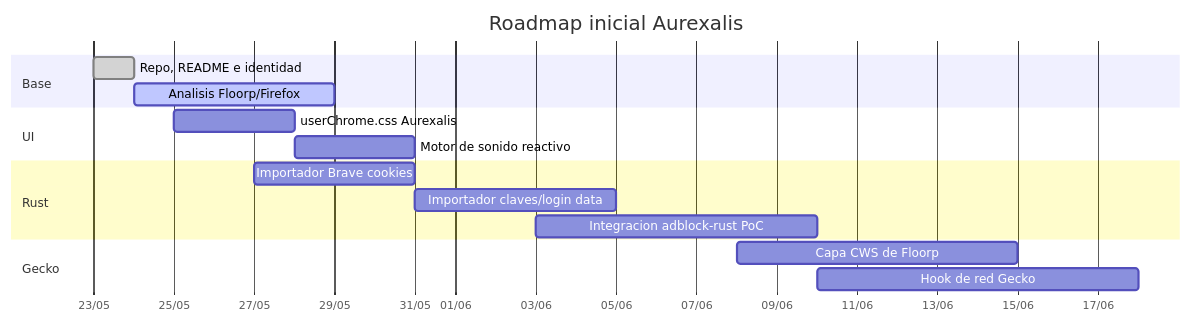
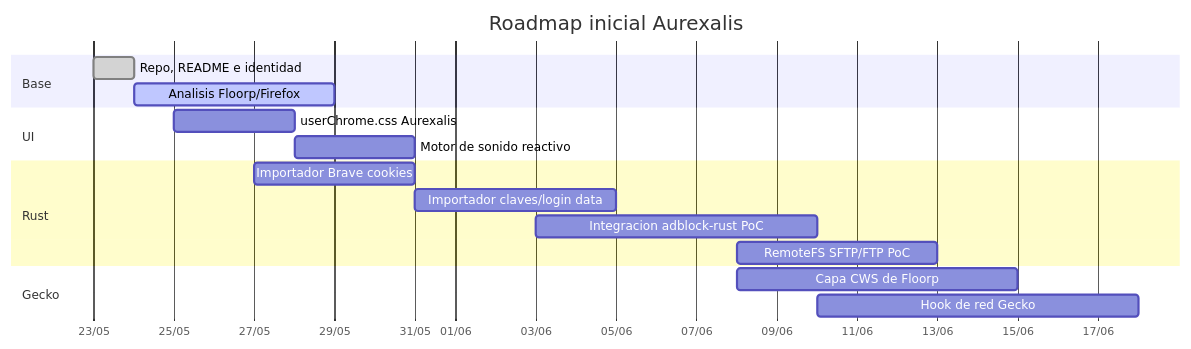
One commit to JackStar6677-1/Aurexalis changed the fourth of 4 diagrams in README.md. Above: the diagram before and after it, drawn with Mermaid. The commit also changed other lines of this file and 18 other files, not shown here.

````diff
--- a/README.md
+++ b/README.md
@@ -163,23 +175,24 @@
 ```mermaid
 gantt
   title Roadmap inicial Aurexalis
   dateFormat  YYYY-MM-DD
   axisFormat  %d/%m
 
   section Base
   Repo, README e identidad       :done,    r1, 2026-05-23, 1d
   Analisis Floorp/Firefox        :active,  r2, 2026-05-24, 5d
 
   section UI
   userChrome.css Aurexalis       :         u1, 2026-05-25, 3d
   Motor de sonido reactivo       :         u2, after u1, 3d
 
   section Rust
   Importador Brave cookies       :         m1, 2026-05-27, 4d
   Importador claves/login data   :         m2, after m1, 5d
   Integracion adblock-rust PoC   :         b1, 2026-06-03, 7d
+  RemoteFS SFTP/FTP PoC          :         f1, 2026-06-08, 5d
 
   section Gecko
   Capa CWS de Floorp             :         e1, 2026-06-08, 7d
   Hook de red Gecko              :         e2, after b1, 8d
 ```
````
